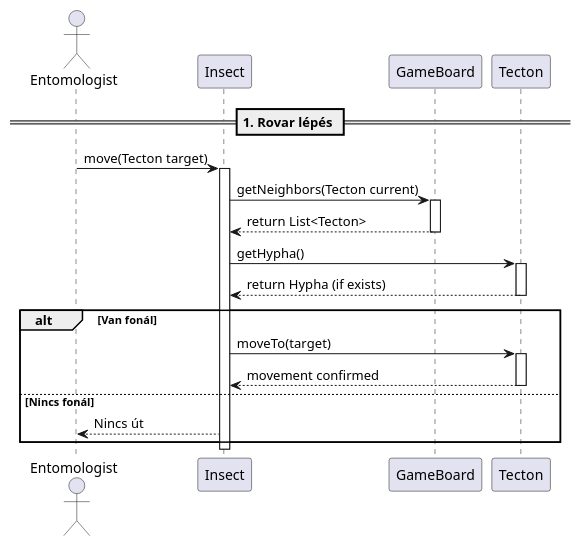
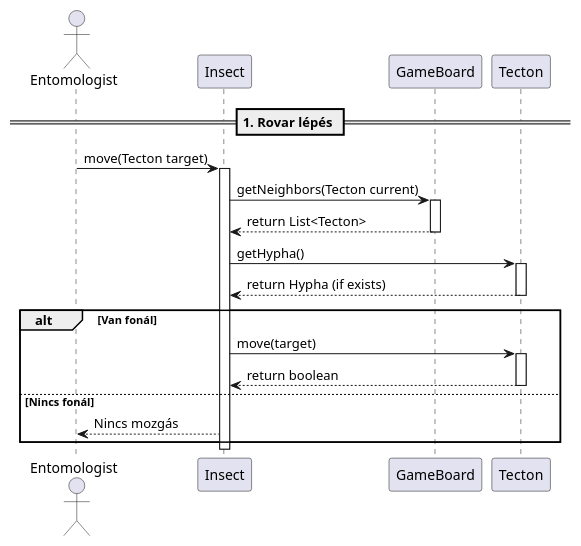
Before and after one commit to hujberhunor/SzomiSztegoProjlab: the diagram in UML/Sequence/Rovar-mozgas.plantuml, drawn with PlantUML. The commit also changed 1 other file, not shown here.

Commit message:
3. diagram kész

```diff
--- a/UML/Sequence/Rovar-mozgas.plantuml
+++ b/UML/Sequence/Rovar-mozgas.plantuml
@@ -1,33 +1,33 @@
 @startuml
 
 == 1. Rovar lépés ==
 actor Entomologist
 participant Insect
 participant GameBoard
 participant Tecton
 
 Entomologist -> Insect: move(Tecton target)
 activate Insect
 
 Insect -> GameBoard: getNeighbors(Tecton current)
 activate GameBoard
 GameBoard --> Insect: return List<Tecton>
 deactivate GameBoard
 
 Insect -> Tecton: getHypha()
 activate Tecton
 Tecton --> Insect: return Hypha (if exists)
 deactivate Tecton
 
 alt Van fonál
-    Insect -> Tecton: moveTo(target)
+    Insect -> Tecton: move(target)
     activate Tecton
-    Tecton --> Insect: movement confirmed
+    Tecton --> Insect: return boolean 
     deactivate Tecton
 else Nincs fonál
-    Insect --> Entomologist: Nincs út
+    Insect --> Entomologist: Nincs mozgás 
 end
 
 deactivate Insect
 
 @enduml
```
